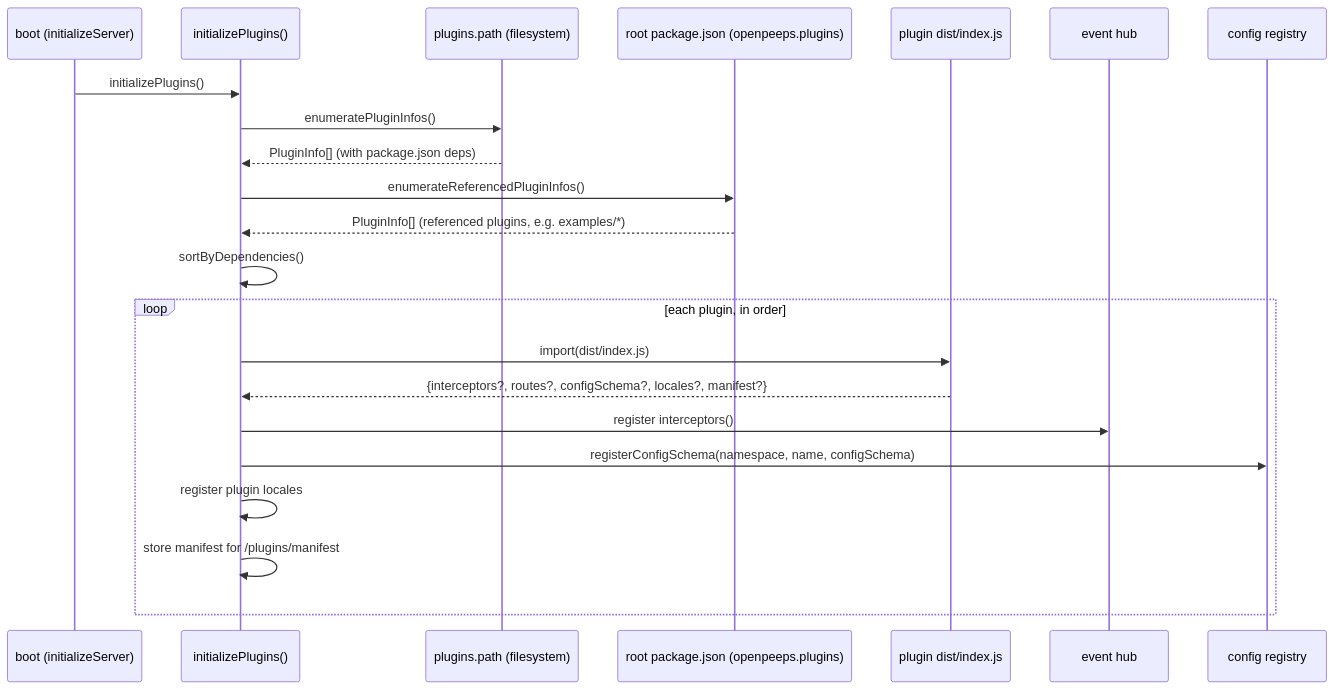
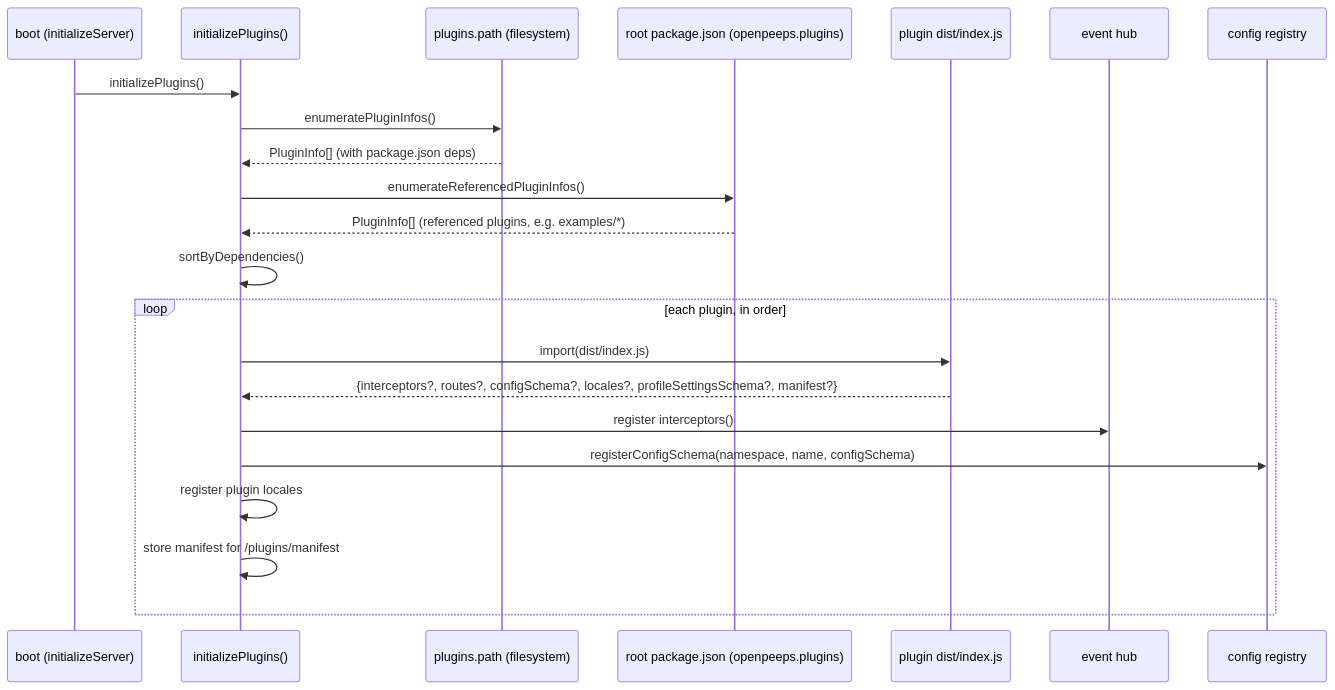
One commit to openpeepshq/openpeeps changed the first of 2 diagrams in platform/web/docs/development/plugins.md. Above: the diagram before and after it, drawn with Mermaid. The commit also changed other lines of this file and 50 other files, not shown here.

````diff
--- a/platform/web/docs/development/plugins.md
+++ b/platform/web/docs/development/plugins.md
@@ -58,25 +60,25 @@
 ```mermaid
 sequenceDiagram
   participant B as boot (initializeServer)
   participant L as initializePlugins()
   participant FS as plugins.path (filesystem)
   participant ROOT as root package.json (openpeeps.plugins)
   participant P as plugin dist/index.js
   participant H as event hub
   participant CFG as config registry
 
   B->>L: initializePlugins()
   L->>FS: enumeratePluginInfos()
   FS-->>L: PluginInfo[] (with package.json deps)
   L->>ROOT: enumerateReferencedPluginInfos()
   ROOT-->>L: PluginInfo[] (referenced plugins, e.g. examples/*)
   L->>L: sortByDependencies()
   loop each plugin, in order
     L->>P: import(dist/index.js)
-    P-->>L: {interceptors?, routes?, configSchema?, locales?, manifest?}
+    P-->>L: {interceptors?, routes?, configSchema?, locales?, profileSettingsSchema?, manifest?}
     L->>H: register interceptors()
     L->>CFG: registerConfigSchema(namespace, name, configSchema)
     L->>L: register plugin locales
     L->>L: store manifest for /plugins/manifest
   end
 ```
````
